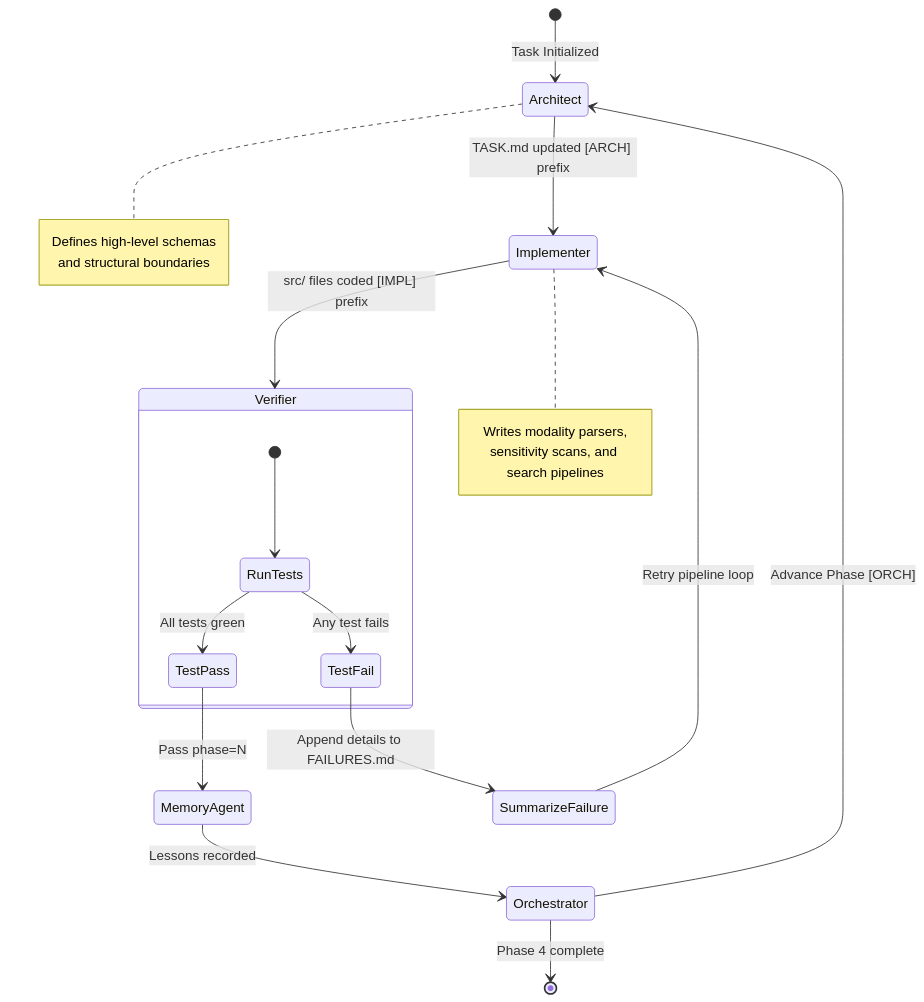
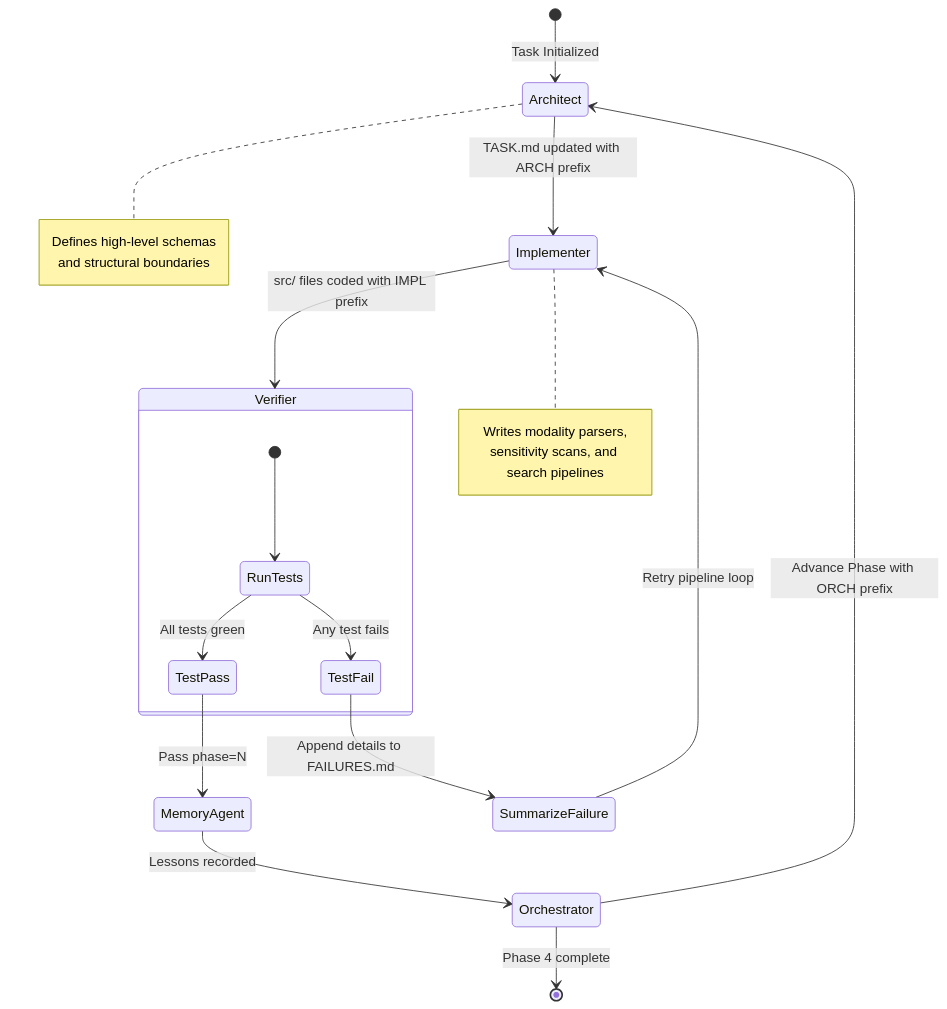
The fourth of 5 diagrams in workflow/pipeline_flow.md (the-write-path-code/ch06-multimodal-perception), drawn with Mermaid before and after one commit. The commit also changed other lines of this file and 8 other files, not shown here.

````diff
--- a/workflow/pipeline_flow.md
+++ b/workflow/pipeline_flow.md
@@ -102,31 +200,31 @@
 ```mermaid
 stateDiagram-v2
     [*] --> Architect : Task Initialized
     
-    Architect --> Implementer : TASK.md updated [ARCH] prefix
+    Architect --> Implementer : TASK.md updated with ARCH prefix
     note right of Architect
         Defines high-level schemas
         and structural boundaries
     end note
     
-    Implementer --> Verifier : src/ files coded [IMPL] prefix
+    Implementer --> Verifier : src/ files coded with IMPL prefix
     note right of Implementer
         Writes modality parsers,
         sensitivity scans, and search pipelines
     end note
     
     state Verifier {
         [*] --> RunTests
         RunTests --> TestPass : All tests green
         RunTests --> TestFail : Any test fails
     }
     
     TestPass --> MemoryAgent : Pass phase=N
     TestFail --> SummarizeFailure : Append details to FAILURES.md
     
     SummarizeFailure --> Implementer : Retry pipeline loop
     
     MemoryAgent --> Orchestrator : Lessons recorded
     Orchestrator --> [*] : Phase 4 complete
-    Orchestrator --> Architect : Advance Phase [ORCH]
+    Orchestrator --> Architect : Advance Phase with ORCH prefix
 ```
````
